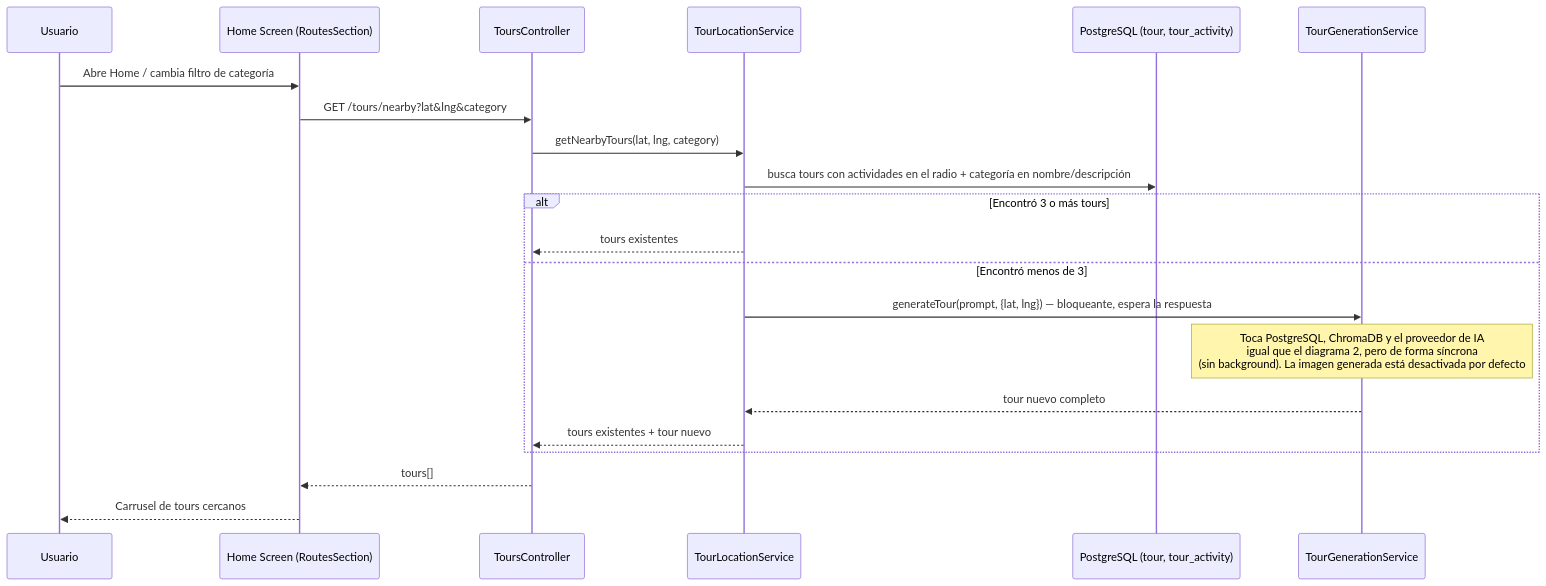
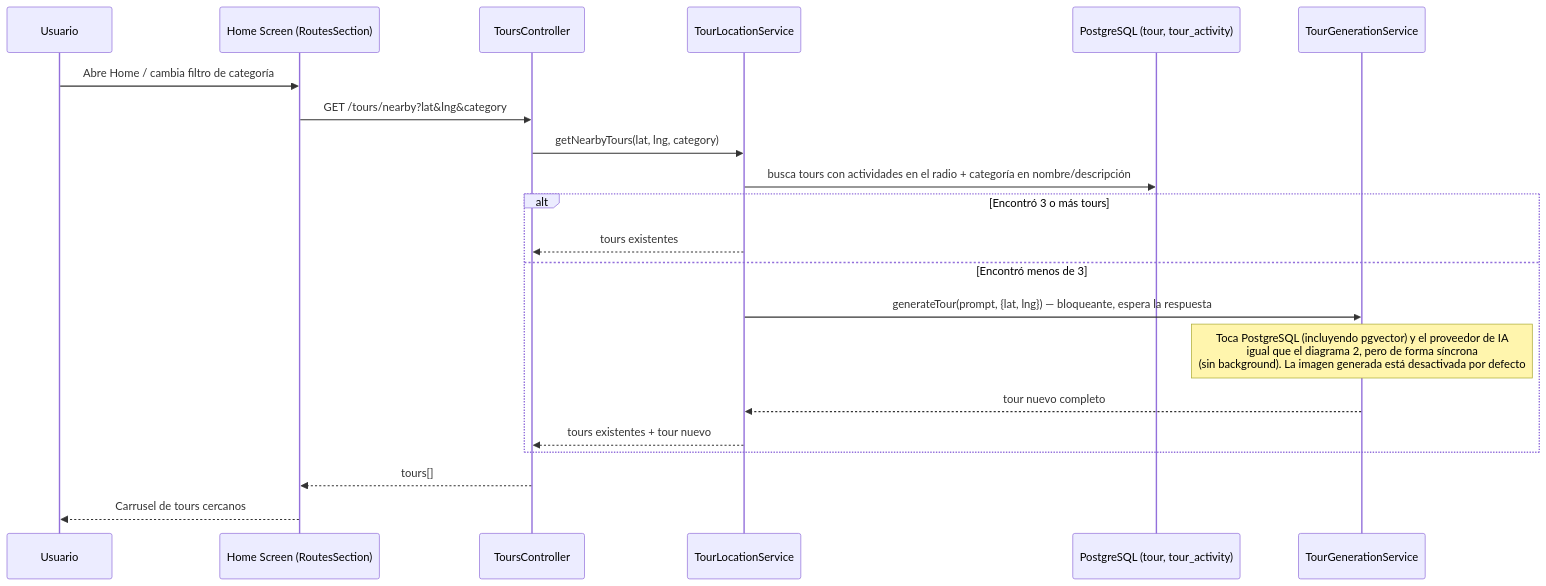
The fifth of 5 diagrams in README.md (entity-builders-labs/zig-zag), drawn with Mermaid before and after one commit. The commit also changed other lines of this file and 36 other files, not shown here.

First line of the commit message:
feat(be,infra): replace ChromaDB with pgvector for activity embeddings (#6)

````diff
--- a/README.md
+++ b/README.md
@@ -201,24 +197,24 @@
 ```mermaid
 sequenceDiagram
     participant U as Usuario
     participant Home as Home Screen (RoutesSection)
     participant API as ToursController
     participant Loc as TourLocationService
     participant DB as PostgreSQL (tour, tour_activity)
     participant Gen as TourGenerationService
 
     U->>Home: Abre Home / cambia filtro de categoría
     Home->>API: GET /tours/nearby?lat&lng&category
     API->>Loc: getNearbyTours(lat, lng, category)
     Loc->>DB: busca tours con actividades en el radio + categoría en nombre/descripción
     alt Encontró 3 o más tours
         Loc-->>API: tours existentes
     else Encontró menos de 3
         Loc->>Gen: generateTour(prompt, {lat, lng}) — bloqueante, espera la respuesta
-        Note over Gen: Toca PostgreSQL, ChromaDB y el proveedor de IA<br/>igual que el diagrama 2, pero de forma síncrona<br/>(sin background). La imagen generada está desactivada por defecto
+        Note over Gen: Toca PostgreSQL (incluyendo pgvector) y el proveedor de IA<br/>igual que el diagrama 2, pero de forma síncrona<br/>(sin background). La imagen generada está desactivada por defecto
         Gen-->>Loc: tour nuevo completo
         Loc-->>API: tours existentes + tour nuevo
     end
     API-->>Home: tours[]
     Home-->>U: Carrusel de tours cercanos
 ```
````
